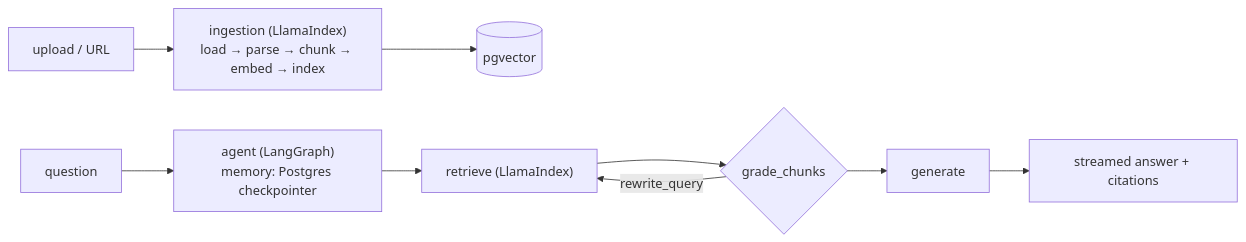
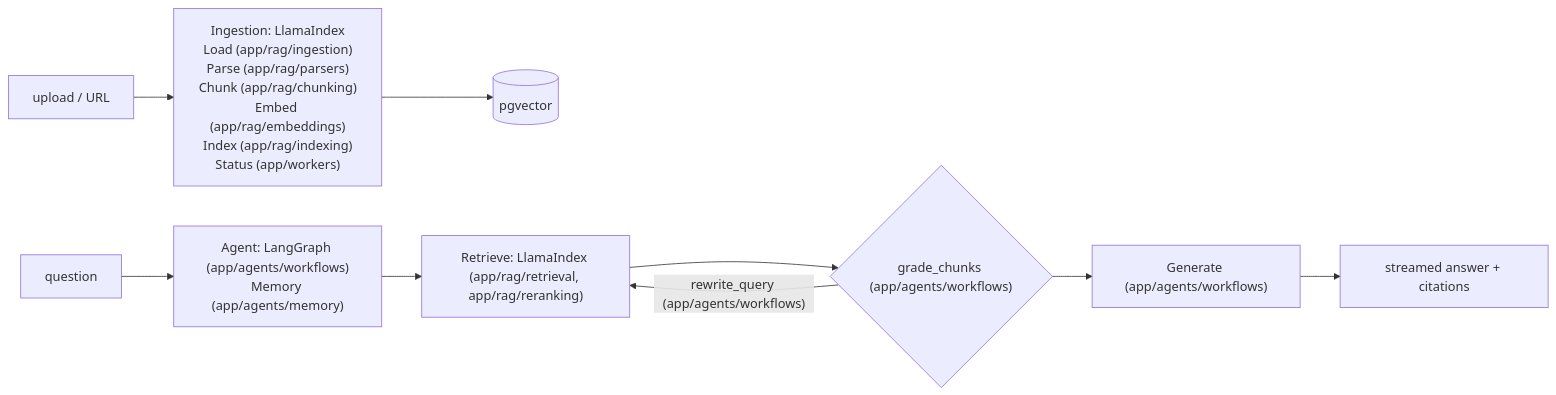
The diagram in docs/architecture/overview.md (JosephSuyam/ragidy), drawn with Mermaid before and after one commit. The commit also changed 1 other file, not shown here.

Commit message:
docs(docs): show backend folders in diagrams

````diff
--- a/docs/architecture/overview.md
+++ b/docs/architecture/overview.md
@@ -5,6 +5,6 @@
 ```mermaid
 flowchart LR
-  src["upload / URL"] --> ingest["ingestion (LlamaIndex)<br/>load → parse → chunk → embed → index"] --> pg[("pgvector")]
-  q["question"] --> agent["agent (LangGraph)<br/>memory: Postgres checkpointer"] --> retrieve["retrieve (LlamaIndex)"] --> grade{"grade_chunks"} --> generate["generate"] --> out["streamed answer + citations"]
-  grade -->|"rewrite_query"| retrieve
+  src["upload / URL"] --> ingest["Ingestion: LlamaIndex<br/>Load (app/rag/ingestion)<br/>Parse (app/rag/parsers)<br/>Chunk (app/rag/chunking)<br/>Embed (app/rag/embeddings)<br/>Index (app/rag/indexing)<br/>Status (app/workers)"] --> pg[("pgvector")]
+  q["question"] --> agent["Agent: LangGraph (app/agents/workflows)<br/>Memory (app/agents/memory)"] --> retrieve["Retrieve: LlamaIndex (app/rag/retrieval, app/rag/reranking)"] --> grade{"grade_chunks (app/agents/workflows)"} --> generate["Generate (app/agents/workflows)"] --> out["streamed answer + citations"]
+  grade -->|"rewrite_query (app/agents/workflows)"| retrieve
 ```
````
